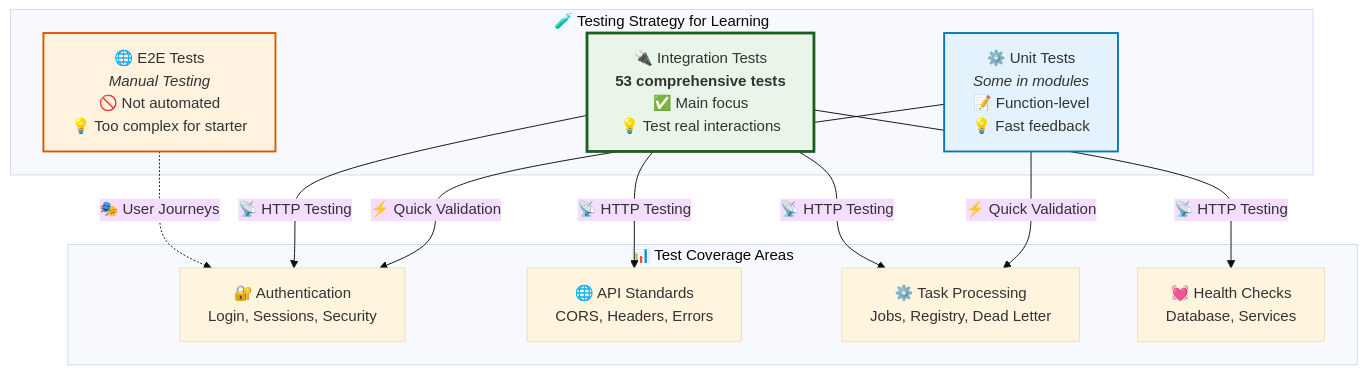
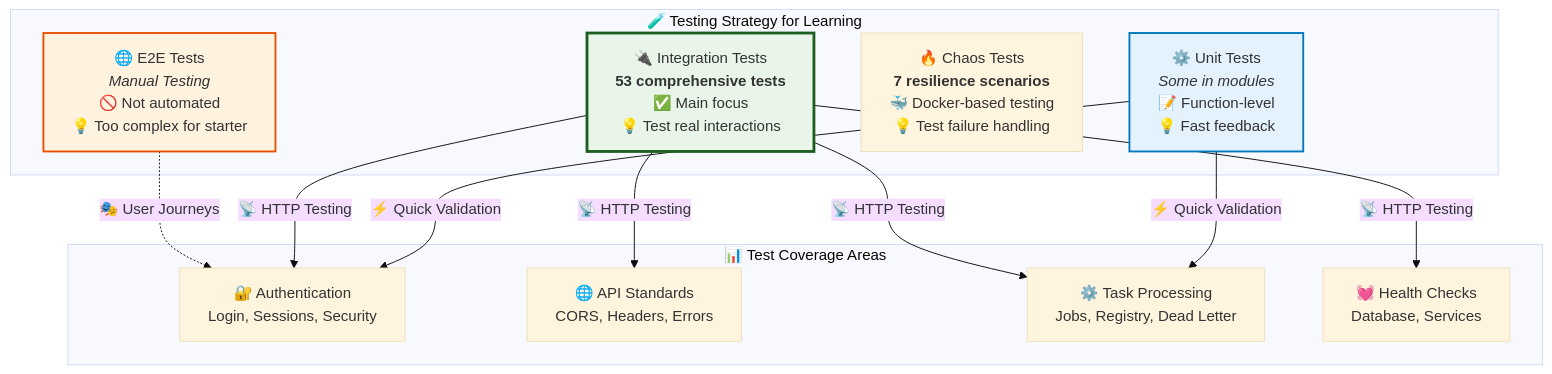
One commit to quanhua92/rust-fullstack-starter changed the diagram in docs/guides/07-testing.md. Above: the diagram before and after it, drawn with Mermaid (base theme). The commit also changed 8 other files, not shown here.

First line of the commit message:
docs: Update documentation with chaos testing and admin CLI enhancements

````diff
--- a/docs/guides/07-testing.md
+++ b/docs/guides/07-testing.md
@@ -23,33 +23,35 @@
 ```mermaid
 graph TD
     subgraph "🧪 Testing Strategy for Learning"
         E2E[🌐 E2E Tests<br/><i>Manual Testing</i><br/>🚫 Not automated<br/>💡 Too complex for starter]
         
         INTEGRATION[🔌 Integration Tests<br/><b>53 comprehensive tests</b><br/>✅ Main focus<br/>💡 Test real interactions]
+        
+        CHAOS[🔥 Chaos Tests<br/><b>7 resilience scenarios</b><br/>🐳 Docker-based testing<br/>💡 Test failure handling]
         
         UNIT[⚙️ Unit Tests<br/><i>Some in modules</i><br/>📝 Function-level<br/>💡 Fast feedback]
     end
     
     subgraph "📊 Test Coverage Areas"
         AUTH_T[🔐 Authentication<br/>Login, Sessions, Security]
         API_T[🌐 API Standards<br/>CORS, Headers, Errors]
         TASK_T[⚙️ Task Processing<br/>Jobs, Registry, Dead Letter]
         HEALTH_T[💓 Health Checks<br/>Database, Services]
     end
     
     E2E -.->|🎭 User Journeys| AUTH_T
     INTEGRATION -->|📡 HTTP Testing| AUTH_T
     INTEGRATION -->|📡 HTTP Testing| API_T
     INTEGRATION -->|📡 HTTP Testing| TASK_T
     INTEGRATION -->|📡 HTTP Testing| HEALTH_T
     UNIT -->|⚡ Quick Validation| AUTH_T
     UNIT -->|⚡ Quick Validation| TASK_T
     
     classDef focusBox fill:#e8f5e8,stroke:#1b5e20,stroke-width:3px
     classDef supportBox fill:#e3f2fd,stroke:#0277bd,stroke-width:2px
     classDef manualBox fill:#fff3e0,stroke:#e65100,stroke-width:2px
     
     class INTEGRATION focusBox
     class UNIT supportBox
     class E2E manualBox
 ```
````
